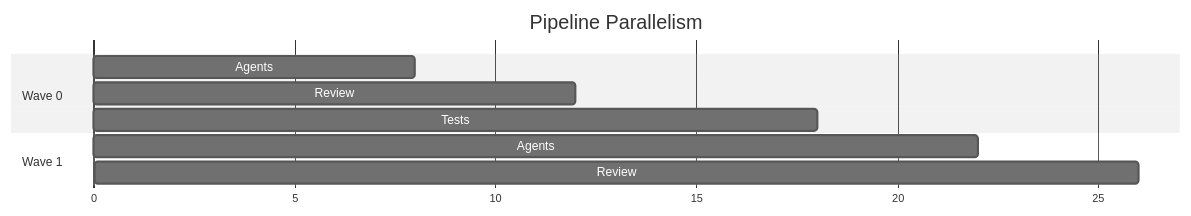
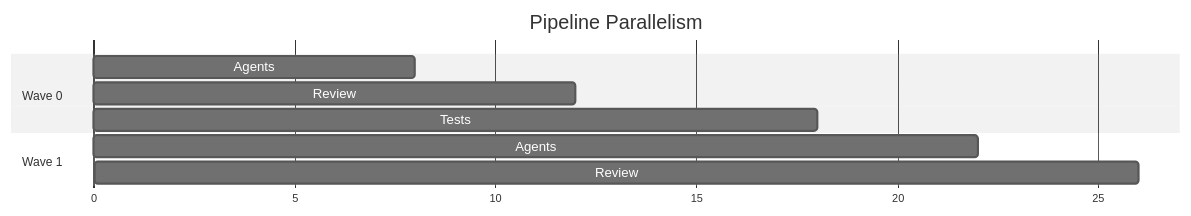
Before and after one commit to danielmeppiel/agentic-sdlc-handbook: the fifth of 7 diagrams in handbook/ch12-multi-agent-orchestration.qmd, drawn with Mermaid (neutral theme). The commit also changed other lines of this file and 20 other files, not shown here.

First line of the commit message:
feat: add accessibility metadata and consistent theme to all 35 diagrams

````diff
--- a/handbook/ch12-multi-agent-orchestration.qmd
+++ b/handbook/ch12-multi-agent-orchestration.qmd
@@ -241,14 +261,22 @@
 ```{mermaid}
 %%| fig-width: 4.5
+%%| fig-cap: "Pipeline parallelism: overlapping wave execution"
+%%| fig-alt: "Gantt chart showing pipeline parallelism across two waves: Wave 0 runs Agents first, then Review and Tests overlap; Wave 1 Agents begin while Wave 0 Review and Tests are still running, then Wave 1 Review follows. This demonstrates how review and testing of one wave can overlap with execution of the next wave to reduce total wall-clock time."
+%%| label: fig-pipeline-parallelism
+---
+config:
+  gantt:
+    fontSize: 12
+---
 gantt
     title Pipeline Parallelism
     dateFormat X
     axisFormat %s
     section Wave 0
     Agents    :a0, 0, 8
     Review    :r0, 8, 12
     Tests     :t0, 8, 18
     section Wave 1
     Agents    :a1, 10, 22
     Review    :r1, 22, 26
 ```
````
